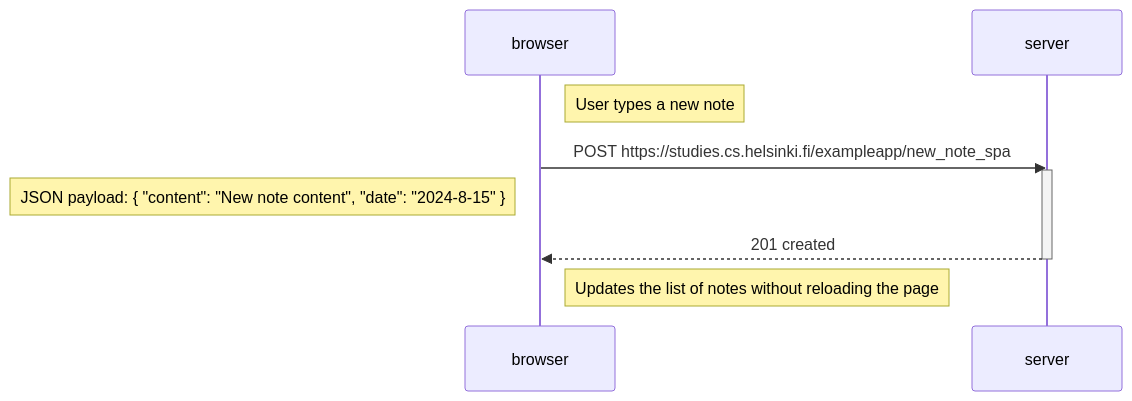
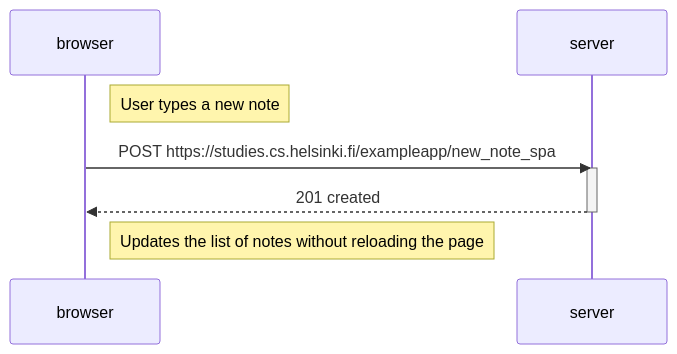
The diagram in osa0/0.6_uusi_muistiinpano.md (sallapauliina/full-stack), drawn with Mermaid before and after one commit.

````diff
--- a/osa0/0.6_uusi_muistiinpano.md
+++ b/osa0/0.6_uusi_muistiinpano.md
@@ -1,15 +1,14 @@
 ```mermaid
 sequenceDiagram
 participant browser
 participant server
 
     Note right of browser: User types a new note
 
     browser->>server: POST https://studies.cs.helsinki.fi/exampleapp/new_note_spa
     activate server
-    Note left of browser: JSON payload: { "content": "New note content", "date": "2024-8-15" }
     server-->>browser: 201 created
     deactivate server
 
     Note right of browser: Updates the list of notes without reloading the page
 ```
````
